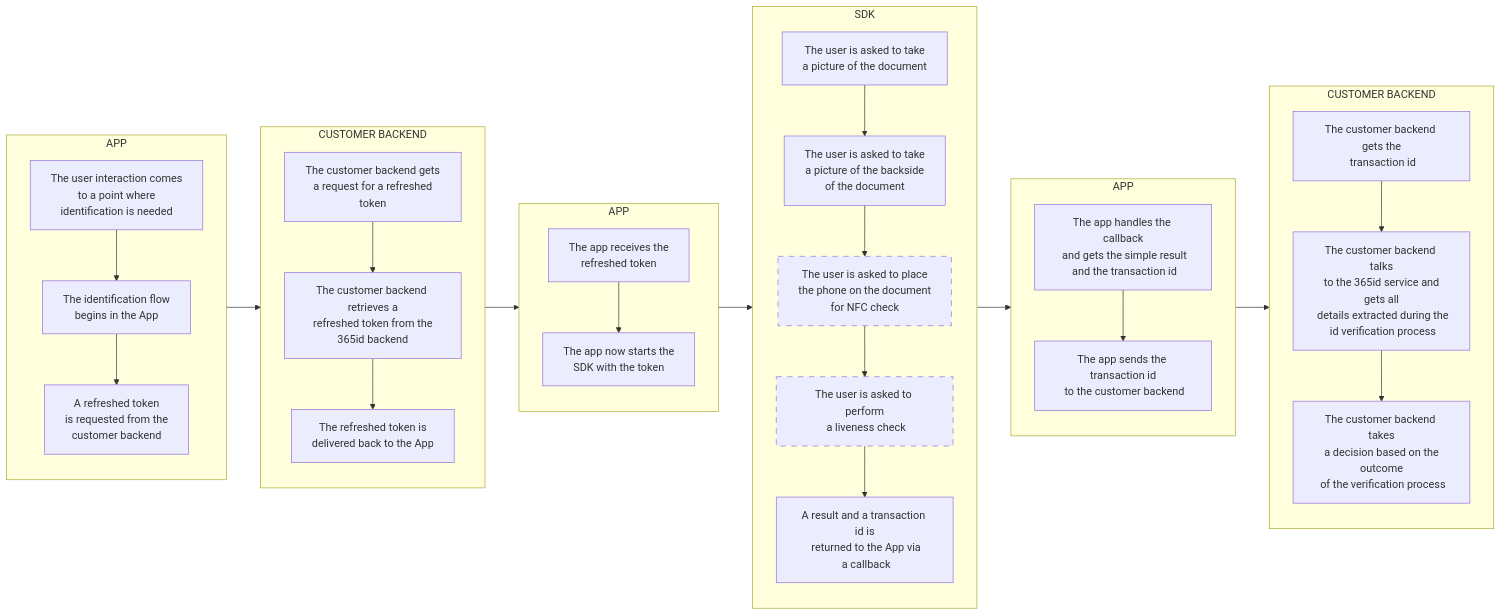
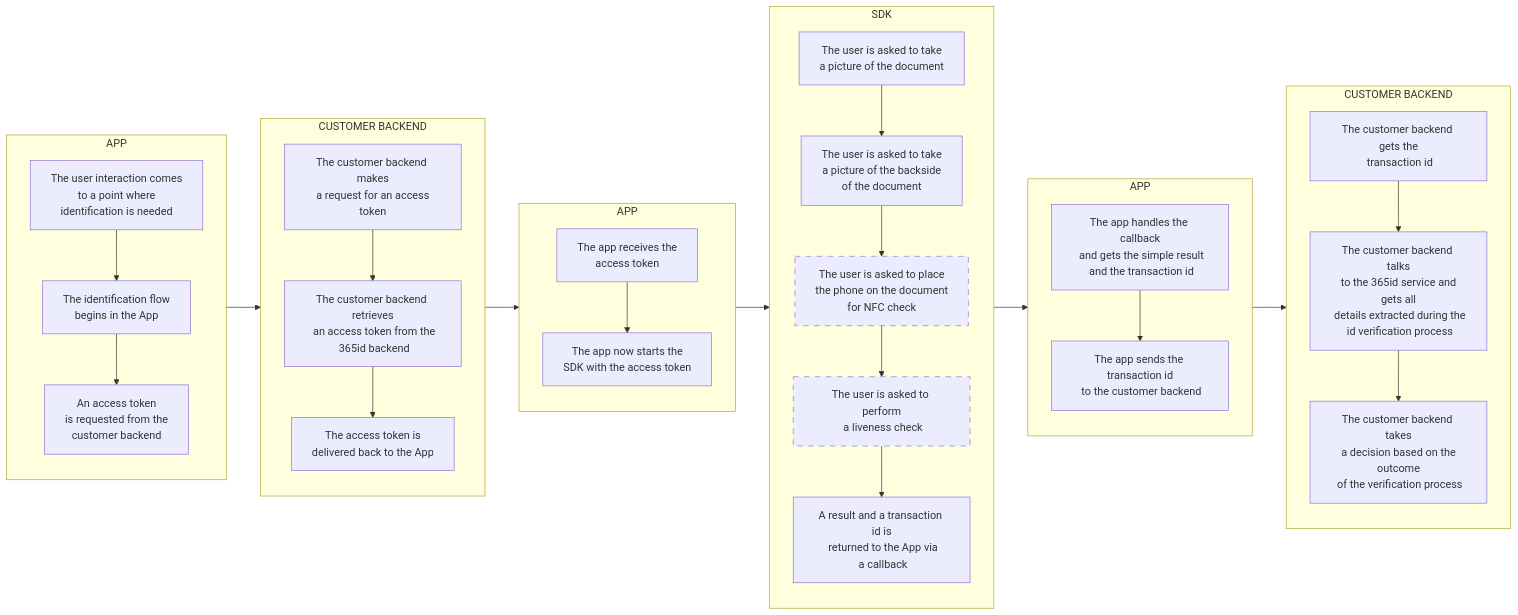
One commit to 365id-AB/idverification-ios changed the second of 3 diagrams in README.md. Above: the diagram before and after it, drawn with Mermaid. The commit also changed other lines of this file, not shown here.

````diff
--- a/README.md
+++ b/README.md
@@ -65,74 +63,74 @@
 ```mermaid
 flowchart LR
 
    subgraph APP1[APP]
       
       user[The user interaction comes<br> to a point where<br> identification is needed]
       id_begin[The identification flow<br>begins in the App]
-      token[A refreshed token<br> is requested from the<br> customer backend]
+      token[An access token<br> is requested from the<br> customer backend]
 
       user --> id_begin
       id_begin --> token
       
    end
 
    subgraph CUSTOMER_BACKEND1[CUSTOMER BACKEND]
    
-      request[The customer backend gets<br> a request for a refreshed token]
-      backend_365[The customer backend retrieves a<br> refreshed token from the 365id backend]
-      response[The refreshed token is<br> delivered back to the App]
+      request[The customer backend makes<br> a request for an access token]
+      backend_365[The customer backend retrieves<br> an access token from the<br> 365id backend]
+      response[The access token is<br> delivered back to the App]
 
       request --> backend_365
       backend_365 --> response
       
    end
 
    subgraph APP2[APP]
 
-      valid[The app receives the<br> refreshed token]
-      startSDK[The app now starts the<br> SDK with the token]
+      valid[The app receives the<br> access token]
+      startSDK[The app now starts the<br> SDK with the access token]
       
       valid --> startSDK
       
    end
 
    subgraph SDK
 
       front[The user is asked to take<br>a picture of the document]
       back[The user is asked to take<br>a picture of the backside<br>of the document]
       nfc[The user is asked to place<br>the phone on the document<br>for NFC check]
       liveness[The user is asked to perform<br> a liveness check]
       result[A result and a transaction id is<br> returned to the App via<br> a callback]
 
       front --> back
       back --> nfc
       nfc --> liveness
       liveness --> result
       style nfc stroke-dasharray: 8 8
       style liveness stroke-dasharray: 8 8
    end
 
    subgraph APP3[APP]
 
       callback[The app handles the callback<br> and gets the simple result<br> and the transaction id]
       contact[The app sends the transaction id<br> to the customer backend]
 
       callback --> contact
       
    end
 
    subgraph CUSTOMER_BACKEND2[CUSTOMER BACKEND]
       transaction_id[The customer backend gets the<br> transaction id]
       backend[The customer backend talks<br> to the 365id service and gets all<br> details extracted during the<br> id verification process]
       outcome[The customer backend takes<br> a decision based on the outcome<br> of the verification process]
 
       transaction_id --> backend
       backend --> outcome
    end
 
    APP1 --> CUSTOMER_BACKEND1
    CUSTOMER_BACKEND1 --> APP2
    APP2 --> SDK
    SDK --> APP3
    APP3 --> CUSTOMER_BACKEND2
 ```
````
